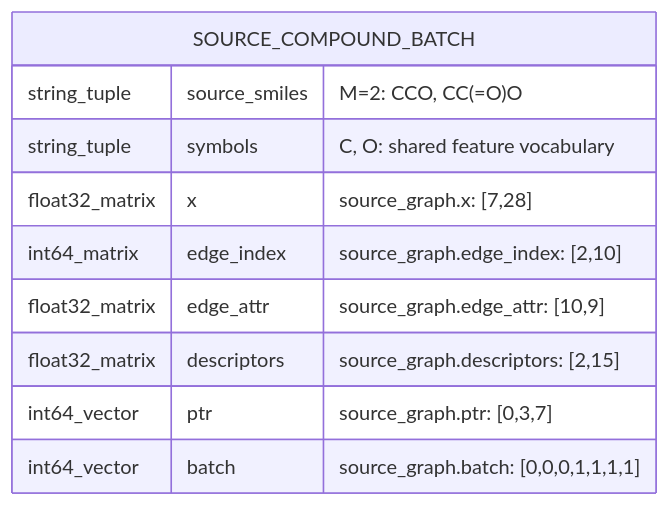
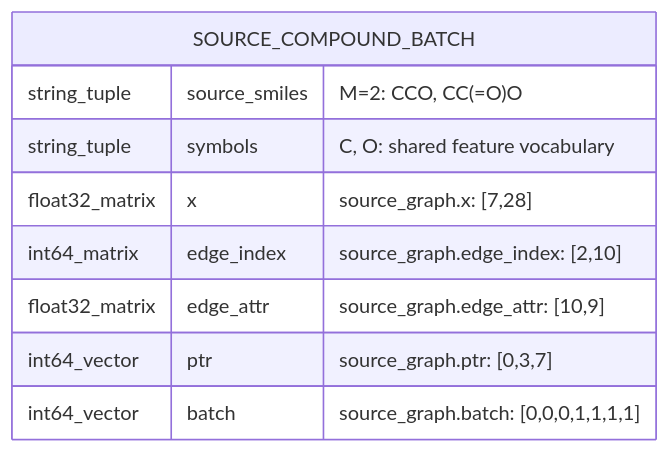
The first of 5 diagrams in fredis/ml/input/SCHEMA.md (MotohiroOGAWA/FREDIS), drawn with Mermaid before and after one commit. The commit also changed other lines of this file and 14 other files, not shown here.

First line of the commit message:
Refactor Compound Data Structure and Update Schema to v5

````diff
--- a/fredis/ml/input/SCHEMA.md
+++ b/fredis/ml/input/SCHEMA.md
@@ -23,13 +23,12 @@
 ```mermaid
 erDiagram
     SOURCE_COMPOUND_BATCH {
         string_tuple source_smiles "M=2: CCO, CC(=O)O"
         string_tuple symbols "C, O: shared feature vocabulary"
         float32_matrix x "source_graph.x: [7,28]"
         int64_matrix edge_index "source_graph.edge_index: [2,10]"
         float32_matrix edge_attr "source_graph.edge_attr: [10,9]"
-        float32_matrix descriptors "source_graph.descriptors: [2,15]"
         int64_vector ptr "source_graph.ptr: [0,3,7]"
         int64_vector batch "source_graph.batch: [0,0,0,1,1,1,1]"
     }
 ```
````
